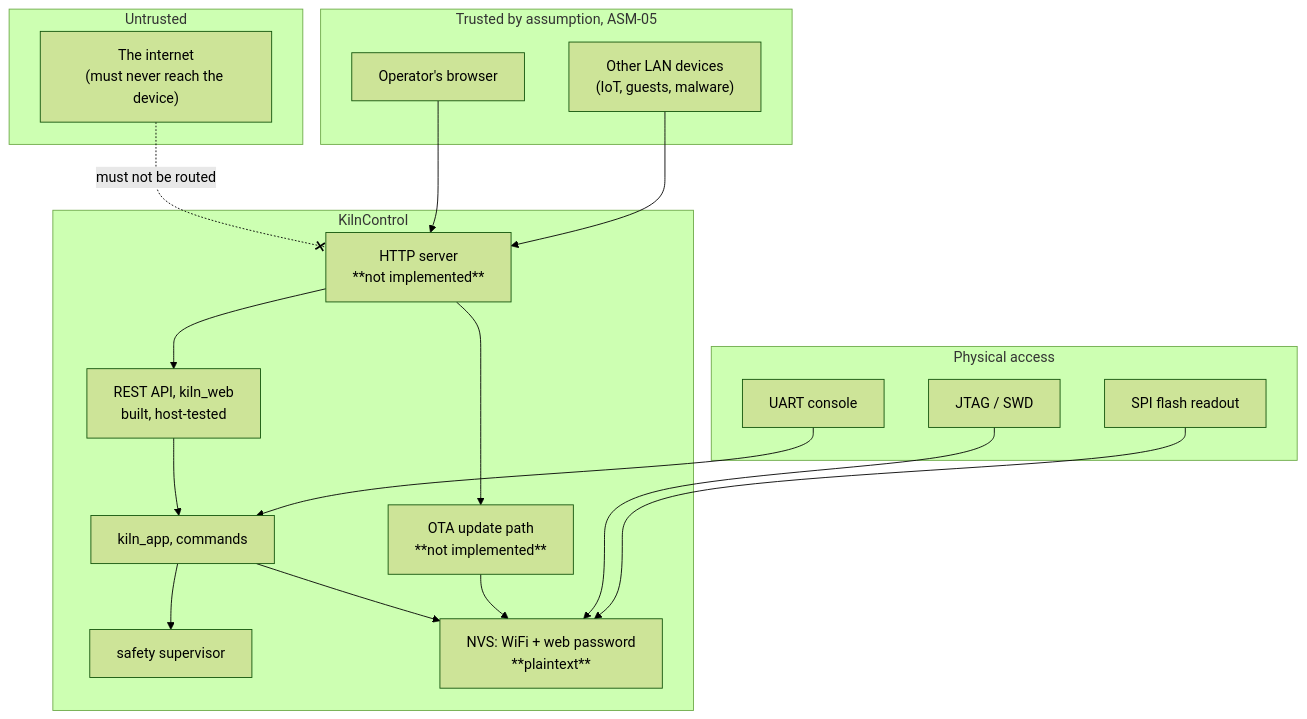
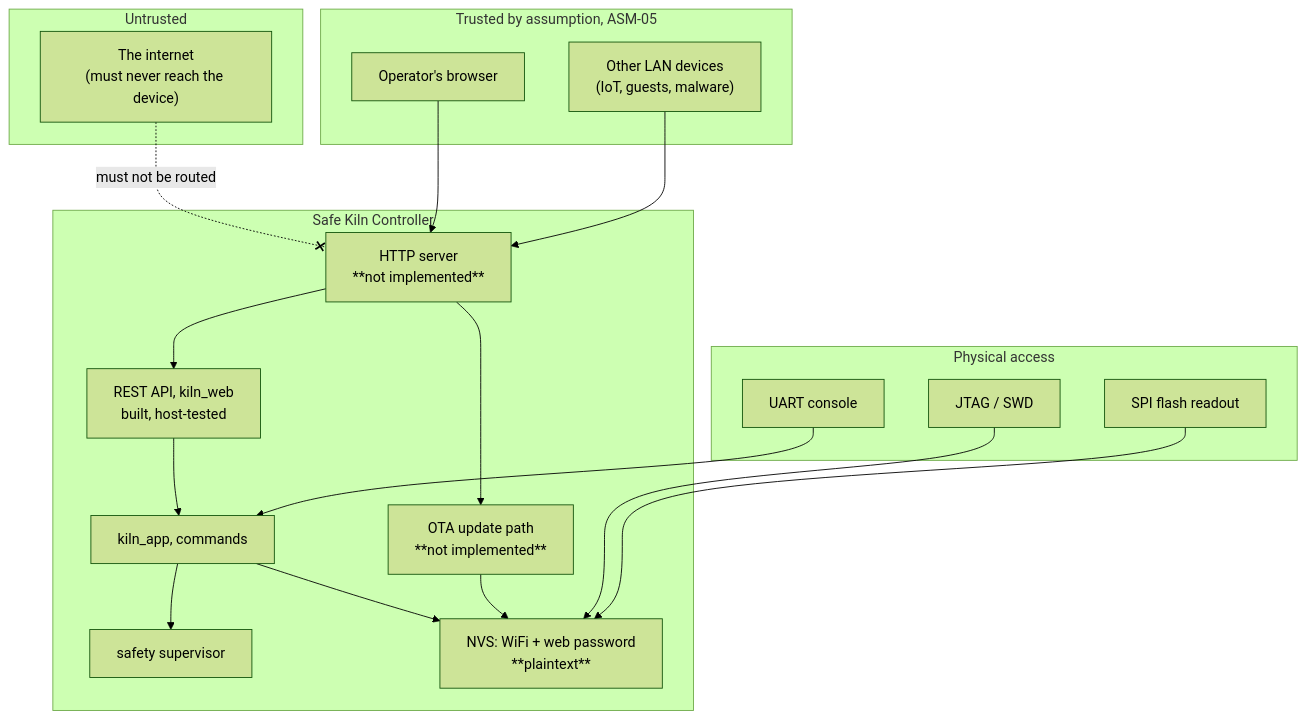
Before and after one commit to bitcrushtesting/SafeKilnController: the diagram in docs/security.md, drawn with Mermaid (forest theme). The commit also changed other lines of this file and 20 other files, not shown here.

First line of the commit message:
chore: rename the project to Safe Kiln Controller

````diff
--- a/docs/security.md
+++ b/docs/security.md
@@ -89,32 +89,32 @@
 ```mermaid
 flowchart TB
     subgraph UNTRUSTED["Untrusted"]
         INET["The internet<br/>(must never reach the device)"]
     end
     subgraph LAN["Trusted by assumption, ASM-05"]
         BROWSER["Operator's browser"]
         OTHER["Other LAN devices<br/>(IoT, guests, malware)"]
     end
-    subgraph DEVICE["KilnControl"]
+    subgraph DEVICE["Safe Kiln Controller"]
         HTTP["HTTP server<br/>**not implemented**"]
         API["REST API, kiln_web<br/>built, host-tested"]
         APP["kiln_app, commands"]
         SAFE["safety supervisor"]
         NVS["NVS: WiFi + web password<br/>**plaintext**"]
         OTA["OTA update path<br/>**not implemented**"]
     end
     subgraph PHYS["Physical access"]
         UART["UART console"]
         JTAG["JTAG / SWD"]
         FLASH["SPI flash readout"]
     end
     INET -. "must not be routed" .-x HTTP
     BROWSER --> HTTP
     OTHER --> HTTP
     HTTP --> API --> APP --> SAFE
     APP --> NVS
     HTTP --> OTA --> NVS
     UART --> APP
     JTAG --> NVS
     FLASH --> NVS
 ```
````
